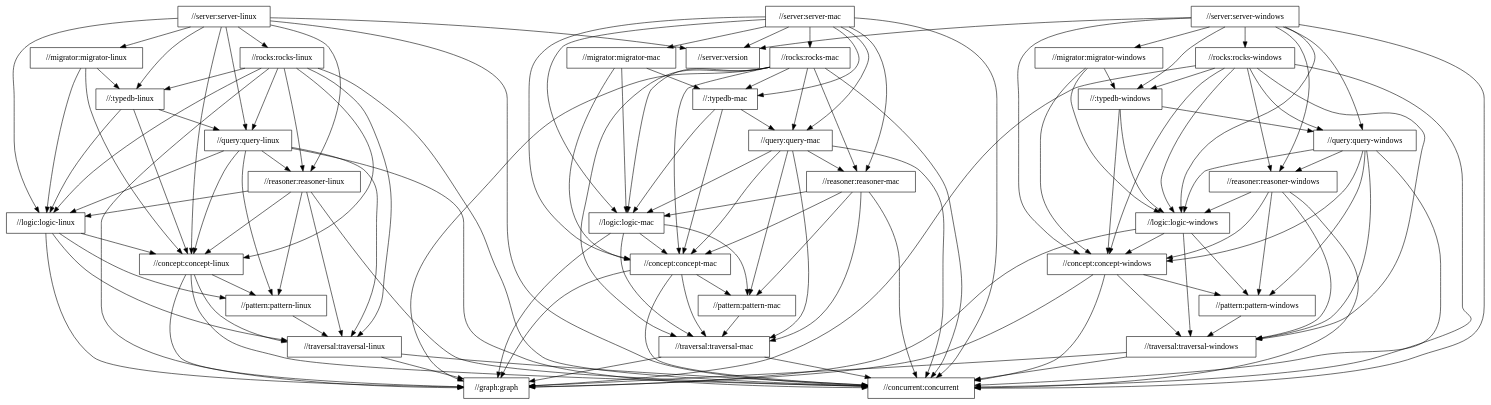
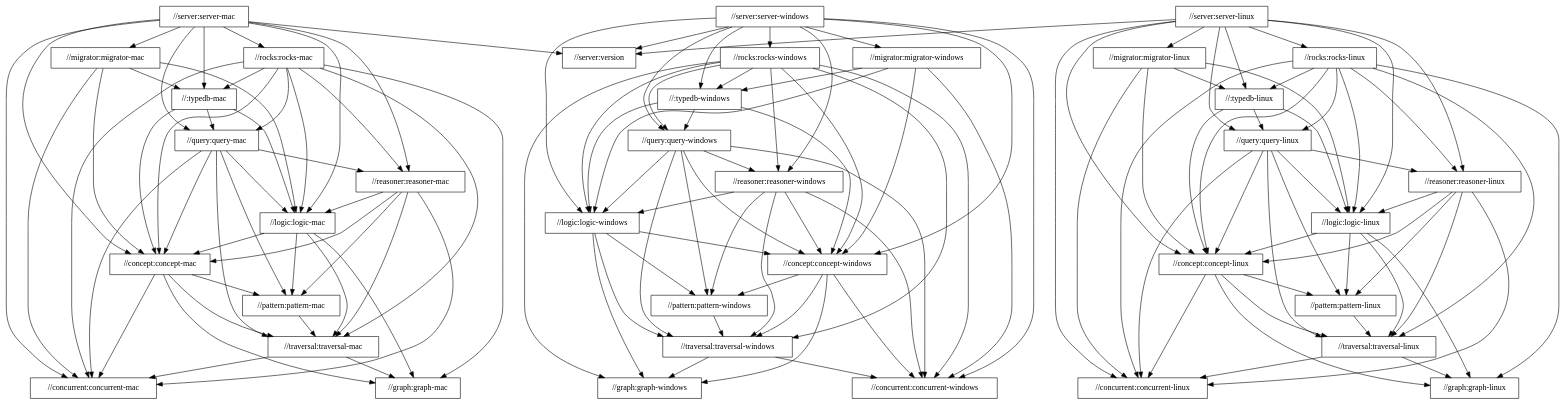
Before and after one commit to typedb/typedb: the diagram in docs/package-structure.dot, drawn with Graphviz. The commit also changed 2 other files, not shown here.

```diff
--- a/docs/package-structure.dot
+++ b/docs/package-structure.dot
@@ -1,10 +1,61 @@
 digraph mygraph {
   node [shape=box];
+  "//server:server-mac"
+  "//server:server-mac" -> "//:typedb-mac"
+  "//server:server-mac" -> "//server:version"
+  "//server:server-mac" -> "//concept:concept-mac"
+  "//server:server-mac" -> "//concurrent:concurrent-mac"
+  "//server:server-mac" -> "//logic:logic-mac"
+  "//server:server-mac" -> "//migrator:migrator-mac"
+  "//server:server-mac" -> "//query:query-mac"
+  "//server:server-mac" -> "//reasoner:reasoner-mac"
+  "//server:server-mac" -> "//rocks:rocks-mac"
+  "//rocks:rocks-mac"
+  "//rocks:rocks-mac" -> "//:typedb-mac"
+  "//rocks:rocks-mac" -> "//traversal:traversal-mac"
+  "//rocks:rocks-mac" -> "//concept:concept-mac"
+  "//rocks:rocks-mac" -> "//concurrent:concurrent-mac"
+  "//rocks:rocks-mac" -> "//graph:graph-mac"
+  "//rocks:rocks-mac" -> "//logic:logic-mac"
+  "//rocks:rocks-mac" -> "//query:query-mac"
+  "//rocks:rocks-mac" -> "//reasoner:reasoner-mac"
+  "//migrator:migrator-mac"
+  "//migrator:migrator-mac" -> "//:typedb-mac"
+  "//migrator:migrator-mac" -> "//concept:concept-mac"
+  "//migrator:migrator-mac" -> "//concurrent:concurrent-mac"
+  "//migrator:migrator-mac" -> "//logic:logic-mac"
+  "//:typedb-mac"
+  "//:typedb-mac" -> "//concept:concept-mac"
+  "//:typedb-mac" -> "//logic:logic-mac"
+  "//:typedb-mac" -> "//query:query-mac"
+  "//query:query-mac"
+  "//query:query-mac" -> "//traversal:traversal-mac"
+  "//query:query-mac" -> "//concept:concept-mac"
+  "//query:query-mac" -> "//concurrent:concurrent-mac"
+  "//query:query-mac" -> "//logic:logic-mac"
+  "//query:query-mac" -> "//pattern:pattern-mac"
+  "//query:query-mac" -> "//reasoner:reasoner-mac"
+  "//reasoner:reasoner-mac"
+  "//reasoner:reasoner-mac" -> "//concept:concept-mac"
+  "//reasoner:reasoner-mac" -> "//concurrent:concurrent-mac"
+  "//reasoner:reasoner-mac" -> "//logic:logic-mac"
+  "//reasoner:reasoner-mac" -> "//pattern:pattern-mac"
+  "//reasoner:reasoner-mac" -> "//traversal:traversal-mac"
+  "//logic:logic-mac"
+  "//logic:logic-mac" -> "//concept:concept-mac"
+  "//logic:logic-mac" -> "//graph:graph-mac"
+  "//logic:logic-mac" -> "//pattern:pattern-mac"
+  "//logic:logic-mac" -> "//traversal:traversal-mac"
+  "//concept:concept-mac"
+  "//concept:concept-mac" -> "//concurrent:concurrent-mac"
+  "//concept:concept-mac" -> "//graph:graph-mac"
+  "//concept:concept-mac" -> "//pattern:pattern-mac"
+  "//concept:concept-mac" -> "//traversal:traversal-mac"
   "//server:server-windows"
   "//server:server-windows" -> "//:typedb-windows"
   "//server:server-windows" -> "//server:version"
   "//server:server-windows" -> "//concept:concept-windows"
-  "//server:server-windows" -> "//concurrent:concurrent"
+  "//server:server-windows" -> "//concurrent:concurrent-windows"
   "//server:server-windows" -> "//logic:logic-windows"
   "//server:server-windows" -> "//migrator:migrator-windows"
   "//server:server-windows" -> "//query:query-windows"
@@ -14,42 +65,16 @@
   "//rocks:rocks-windows" -> "//:typedb-windows"
   "//rocks:rocks-windows" -> "//traversal:traversal-windows"
   "//rocks:rocks-windows" -> "//concept:concept-windows"
-  "//rocks:rocks-windows" -> "//concurrent:concurrent"
-  "//rocks:rocks-windows" -> "//graph:graph"
+  "//rocks:rocks-windows" -> "//concurrent:concurrent-windows"
+  "//rocks:rocks-windows" -> "//graph:graph-windows"
   "//rocks:rocks-windows" -> "//logic:logic-windows"
   "//rocks:rocks-windows" -> "//query:query-windows"
   "//rocks:rocks-windows" -> "//reasoner:reasoner-windows"
-  "//migrator:migrator-windows"
-  "//migrator:migrator-windows" -> "//:typedb-windows"
-  "//migrator:migrator-windows" -> "//concept:concept-windows"
-  "//migrator:migrator-windows" -> "//logic:logic-windows"
-  "//:typedb-windows"
-  "//:typedb-windows" -> "//concept:concept-windows"
-  "//:typedb-windows" -> "//logic:logic-windows"
-  "//:typedb-windows" -> "//query:query-windows"
-  "//query:query-windows"
-  "//query:query-windows" -> "//traversal:traversal-windows"
-  "//query:query-windows" -> "//concept:concept-windows"
-  "//query:query-windows" -> "//concurrent:concurrent"
-  "//query:query-windows" -> "//logic:logic-windows"
-  "//query:query-windows" -> "//pattern:pattern-windows"
-  "//query:query-windows" -> "//reasoner:reasoner-windows"
-  "//reasoner:reasoner-windows"
-  "//reasoner:reasoner-windows" -> "//concept:concept-windows"
-  "//reasoner:reasoner-windows" -> "//concurrent:concurrent"
-  "//reasoner:reasoner-windows" -> "//logic:logic-windows"
-  "//reasoner:reasoner-windows" -> "//pattern:pattern-windows"
-  "//reasoner:reasoner-windows" -> "//traversal:traversal-windows"
-  "//logic:logic-windows"
-  "//logic:logic-windows" -> "//concept:concept-windows"
-  "//logic:logic-windows" -> "//graph:graph"
-  "//logic:logic-windows" -> "//pattern:pattern-windows"
-  "//logic:logic-windows" -> "//traversal:traversal-windows"
   "//server:server-linux"
   "//server:server-linux" -> "//:typedb-linux"
   "//server:server-linux" -> "//server:version"
   "//server:server-linux" -> "//concept:concept-linux"
-  "//server:server-linux" -> "//concurrent:concurrent"
+  "//server:server-linux" -> "//concurrent:concurrent-linux"
   "//server:server-linux" -> "//logic:logic-linux"
   "//server:server-linux" -> "//migrator:migrator-linux"
   "//server:server-linux" -> "//query:query-linux"
@@ -59,113 +84,95 @@
   "//rocks:rocks-linux" -> "//:typedb-linux"
   "//rocks:rocks-linux" -> "//traversal:traversal-linux"
   "//rocks:rocks-linux" -> "//concept:concept-linux"
-  "//rocks:rocks-linux" -> "//concurrent:concurrent"
-  "//rocks:rocks-linux" -> "//graph:graph"
+  "//rocks:rocks-linux" -> "//concurrent:concurrent-linux"
+  "//rocks:rocks-linux" -> "//graph:graph-linux"
   "//rocks:rocks-linux" -> "//logic:logic-linux"
   "//rocks:rocks-linux" -> "//query:query-linux"
   "//rocks:rocks-linux" -> "//reasoner:reasoner-linux"
   "//migrator:migrator-linux"
   "//migrator:migrator-linux" -> "//:typedb-linux"
   "//migrator:migrator-linux" -> "//concept:concept-linux"
+  "//migrator:migrator-linux" -> "//concurrent:concurrent-linux"
   "//migrator:migrator-linux" -> "//logic:logic-linux"
+  "//pattern:pattern-mac"
+  "//pattern:pattern-mac" -> "//traversal:traversal-mac"
+  "//traversal:traversal-mac"
+  "//traversal:traversal-mac" -> "//concurrent:concurrent-mac"
+  "//traversal:traversal-mac" -> "//graph:graph-mac"
+  "//concurrent:concurrent-mac"
+  "//server:version"
   "//:typedb-linux"
   "//:typedb-linux" -> "//concept:concept-linux"
   "//:typedb-linux" -> "//logic:logic-linux"
   "//:typedb-linux" -> "//query:query-linux"
-  "//server:server-mac"
-  "//server:server-mac" -> "//:typedb-mac"
-  "//server:server-mac" -> "//server:version"
-  "//server:server-mac" -> "//concept:concept-mac"
-  "//server:server-mac" -> "//concurrent:concurrent"
-  "//server:server-mac" -> "//logic:logic-mac"
-  "//server:server-mac" -> "//migrator:migrator-mac"
-  "//server:server-mac" -> "//query:query-mac"
-  "//server:server-mac" -> "//reasoner:reasoner-mac"
-  "//server:server-mac" -> "//rocks:rocks-mac"
-  "//rocks:rocks-mac"
-  "//rocks:rocks-mac" -> "//:typedb-mac"
-  "//rocks:rocks-mac" -> "//traversal:traversal-mac"
-  "//rocks:rocks-mac" -> "//concept:concept-mac"
-  "//rocks:rocks-mac" -> "//concurrent:concurrent"
-  "//rocks:rocks-mac" -> "//graph:graph"
-  "//rocks:rocks-mac" -> "//logic:logic-mac"
-  "//rocks:rocks-mac" -> "//query:query-mac"
-  "//rocks:rocks-mac" -> "//reasoner:reasoner-mac"
-  "//migrator:migrator-mac"
-  "//migrator:migrator-mac" -> "//:typedb-mac"
-  "//migrator:migrator-mac" -> "//concept:concept-mac"
-  "//migrator:migrator-mac" -> "//logic:logic-mac"
-  "//server:version"
-  "//:typedb-mac"
-  "//:typedb-mac" -> "//concept:concept-mac"
-  "//:typedb-mac" -> "//logic:logic-mac"
-  "//:typedb-mac" -> "//query:query-mac"
+  "//query:query-linux"
+  "//query:query-linux" -> "//traversal:traversal-linux"
+  "//query:query-linux" -> "//concept:concept-linux"
+  "//query:query-linux" -> "//concurrent:concurrent-linux"
+  "//query:query-linux" -> "//logic:logic-linux"
+  "//query:query-linux" -> "//pattern:pattern-linux"
+  "//query:query-linux" -> "//reasoner:reasoner-linux"
+  "//reasoner:reasoner-linux"
+  "//reasoner:reasoner-linux" -> "//concept:concept-linux"
+  "//reasoner:reasoner-linux" -> "//concurrent:concurrent-linux"
+  "//reasoner:reasoner-linux" -> "//logic:logic-linux"
+  "//reasoner:reasoner-linux" -> "//pattern:pattern-linux"
+  "//reasoner:reasoner-linux" -> "//traversal:traversal-linux"
+  "//logic:logic-linux"
+  "//logic:logic-linux" -> "//concept:concept-linux"
+  "//logic:logic-linux" -> "//graph:graph-linux"
+  "//logic:logic-linux" -> "//pattern:pattern-linux"
+  "//logic:logic-linux" -> "//traversal:traversal-linux"
+  "//concept:concept-linux"
+  "//concept:concept-linux" -> "//concurrent:concurrent-linux"
+  "//concept:concept-linux" -> "//graph:graph-linux"
+  "//concept:concept-linux" -> "//pattern:pattern-linux"
+  "//concept:concept-linux" -> "//traversal:traversal-linux"
+  "//migrator:migrator-windows"
+  "//migrator:migrator-windows" -> "//:typedb-windows"
+  "//migrator:migrator-windows" -> "//concept:concept-windows"
+  "//migrator:migrator-windows" -> "//concurrent:concurrent-windows"
+  "//migrator:migrator-windows" -> "//logic:logic-windows"
+  "//:typedb-windows"
+  "//:typedb-windows" -> "//concept:concept-windows"
+  "//:typedb-windows" -> "//logic:logic-windows"
+  "//:typedb-windows" -> "//query:query-windows"
+  "//query:query-windows"
+  "//query:query-windows" -> "//traversal:traversal-windows"
+  "//query:query-windows" -> "//concept:concept-windows"
+  "//query:query-windows" -> "//concurrent:concurrent-windows"
+  "//query:query-windows" -> "//logic:logic-windows"
+  "//query:query-windows" -> "//pattern:pattern-windows"
+  "//query:query-windows" -> "//reasoner:reasoner-windows"
+  "//reasoner:reasoner-windows"
+  "//reasoner:reasoner-windows" -> "//concept:concept-windows"
+  "//reasoner:reasoner-windows" -> "//concurrent:concurrent-windows"
+  "//reasoner:reasoner-windows" -> "//logic:logic-windows"
+  "//reasoner:reasoner-windows" -> "//pattern:pattern-windows"
+  "//reasoner:reasoner-windows" -> "//traversal:traversal-windows"
+  "//logic:logic-windows"
+  "//logic:logic-windows" -> "//concept:concept-windows"
+  "//logic:logic-windows" -> "//graph:graph-windows"
+  "//logic:logic-windows" -> "//pattern:pattern-windows"
+  "//logic:logic-windows" -> "//traversal:traversal-windows"
   "//concept:concept-windows"
-  "//concept:concept-windows" -> "//concurrent:concurrent"
-  "//concept:concept-windows" -> "//graph:graph"
+  "//concept:concept-windows" -> "//concurrent:concurrent-windows"
+  "//concept:concept-windows" -> "//graph:graph-windows"
   "//concept:concept-windows" -> "//pattern:pattern-windows"
   "//concept:concept-windows" -> "//traversal:traversal-windows"
   "//pattern:pattern-windows"
   "//pattern:pattern-windows" -> "//traversal:traversal-windows"
   "//traversal:traversal-windows"
-  "//traversal:traversal-windows" -> "//concurrent:concurrent"
-  "//traversal:traversal-windows" -> "//graph:graph"
-  "//query:query-linux"
-  "//query:query-linux" -> "//traversal:traversal-linux"
-  "//query:query-linux" -> "//concept:concept-linux"
-  "//query:query-linux" -> "//concurrent:concurrent"
-  "//query:query-linux" -> "//logic:logic-linux"
-  "//query:query-linux" -> "//pattern:pattern-linux"
-  "//query:query-linux" -> "//reasoner:reasoner-linux"
-  "//reasoner:reasoner-linux"
-  "//reasoner:reasoner-linux" -> "//concept:concept-linux"
-  "//reasoner:reasoner-linux" -> "//concurrent:concurrent"
-  "//reasoner:reasoner-linux" -> "//logic:logic-linux"
-  "//reasoner:reasoner-linux" -> "//pattern:pattern-linux"
-  "//reasoner:reasoner-linux" -> "//traversal:traversal-linux"
-  "//logic:logic-linux"
-  "//logic:logic-linux" -> "//concept:concept-linux"
-  "//logic:logic-linux" -> "//graph:graph"
-  "//logic:logic-linux" -> "//pattern:pattern-linux"
-  "//logic:logic-linux" -> "//traversal:traversal-linux"
-  "//concept:concept-linux"
-  "//concept:concept-linux" -> "//concurrent:concurrent"
-  "//concept:concept-linux" -> "//graph:graph"
-  "//concept:concept-linux" -> "//pattern:pattern-linux"
-  "//concept:concept-linux" -> "//traversal:traversal-linux"
+  "//traversal:traversal-windows" -> "//concurrent:concurrent-windows"
+  "//traversal:traversal-windows" -> "//graph:graph-windows"
+  "//graph:graph-windows"
+  "//concurrent:concurrent-windows"
+  "//graph:graph-mac"
   "//pattern:pattern-linux"
   "//pattern:pattern-linux" -> "//traversal:traversal-linux"
   "//traversal:traversal-linux"
-  "//traversal:traversal-linux" -> "//concurrent:concurrent"
-  "//traversal:traversal-linux" -> "//graph:graph"
-  "//query:query-mac"
-  "//query:query-mac" -> "//traversal:traversal-mac"
-  "//query:query-mac" -> "//concept:concept-mac"
-  "//query:query-mac" -> "//concurrent:concurrent"
-  "//query:query-mac" -> "//logic:logic-mac"
-  "//query:query-mac" -> "//pattern:pattern-mac"
-  "//query:query-mac" -> "//reasoner:reasoner-mac"
-  "//reasoner:reasoner-mac"
-  "//reasoner:reasoner-mac" -> "//concept:concept-mac"
-  "//reasoner:reasoner-mac" -> "//concurrent:concurrent"
-  "//reasoner:reasoner-mac" -> "//logic:logic-mac"
-  "//reasoner:reasoner-mac" -> "//pattern:pattern-mac"
-  "//reasoner:reasoner-mac" -> "//traversal:traversal-mac"
-  "//logic:logic-mac"
-  "//logic:logic-mac" -> "//concept:concept-mac"
-  "//logic:logic-mac" -> "//graph:graph"
-  "//logic:logic-mac" -> "//pattern:pattern-mac"
-  "//logic:logic-mac" -> "//traversal:traversal-mac"
-  "//concept:concept-mac"
-  "//concept:concept-mac" -> "//concurrent:concurrent"
-  "//concept:concept-mac" -> "//graph:graph"
-  "//concept:concept-mac" -> "//pattern:pattern-mac"
-  "//concept:concept-mac" -> "//traversal:traversal-mac"
-  "//pattern:pattern-mac"
-  "//pattern:pattern-mac" -> "//traversal:traversal-mac"
-  "//traversal:traversal-mac"
-  "//traversal:traversal-mac" -> "//concurrent:concurrent"
-  "//traversal:traversal-mac" -> "//graph:graph"
-  "//graph:graph"
-  "//concurrent:concurrent"
+  "//traversal:traversal-linux" -> "//concurrent:concurrent-linux"
+  "//traversal:traversal-linux" -> "//graph:graph-linux"
+  "//graph:graph-linux"
+  "//concurrent:concurrent-linux"
 }
```
